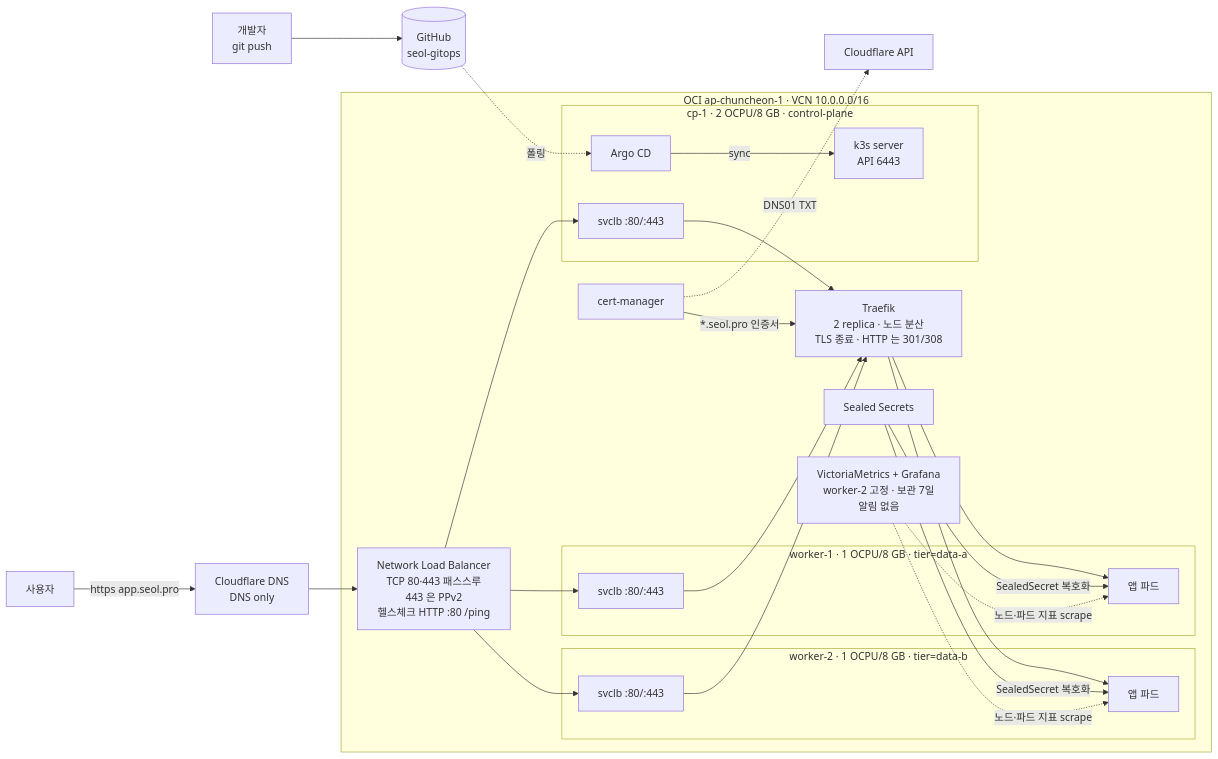
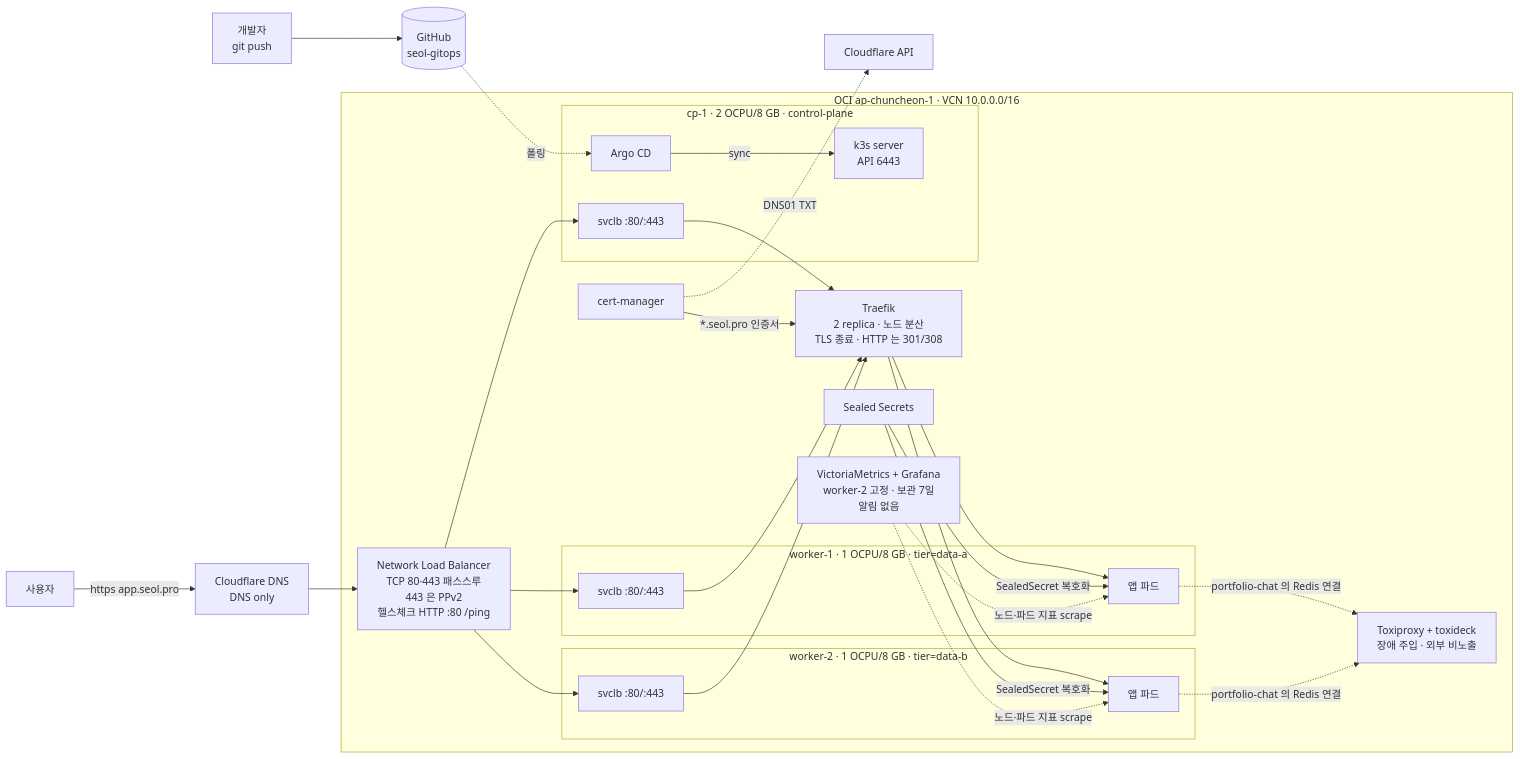
One commit to Seol-JY/seol-gitops changed the diagram in README.md. Above: the diagram before and after it, drawn with Mermaid. The commit also changed other lines of this file and 8 other files, not shown here.

Commit message:
feat(infra): 장애 주입용 Toxiproxy 와 toxideck UI 추가

````diff
--- a/README.md
+++ b/README.md
@@ -7,35 +7,37 @@
 ```mermaid
 flowchart LR
   dev[개발자<br/>git push] --> gh[(GitHub<br/>seol-gitops)]
   gh -.폴링.-> argocd
 
   subgraph oci[OCI ap-chuncheon-1 · VCN 10.0.0.0/16]
     nlb[Network Load Balancer<br/>TCP 80·443 패스스루<br/>443 은 PPv2<br/>헬스체크 HTTP :80 /ping]
     subgraph cp[cp-1 · 2 OCPU/8 GB · control-plane]
       api[k3s server<br/>API 6443]
       argocd[Argo CD]
       svclb1[svclb :80/:443]
     end
     subgraph w1[worker-1 · 1 OCPU/8 GB · tier=data-a]
       svclb2[svclb :80/:443]
       apps1[앱 파드]
     end
     subgraph w2[worker-2 · 1 OCPU/8 GB · tier=data-b]
       svclb3[svclb :80/:443]
       apps2[앱 파드]
     end
     traefik[Traefik<br/>2 replica · 노드 분산<br/>TLS 종료 · HTTP 는 301/308]
     cm[cert-manager]
     ss[Sealed Secrets]
     vm[VictoriaMetrics + Grafana<br/>worker-2 고정 · 보관 7일<br/>알림 없음]
+    tp[Toxiproxy + toxideck<br/>장애 주입 · 외부 비노출]
   end
 
   argocd -->|sync| api
   user[사용자] -->|https app.seol.pro| cf[Cloudflare DNS<br/>DNS only]
   cf --> nlb
   nlb --> svclb1 & svclb2 & svclb3 --> traefik --> apps1 & apps2
   cm -.DNS01 TXT.-> cfapi[Cloudflare API]
   cm -->|*.seol.pro 인증서| traefik
   ss -->|SealedSecret 복호화| apps1 & apps2
   vm -. 노드·파드 지표 scrape .-> apps1 & apps2
+  apps1 & apps2 -. portfolio-chat 의 Redis 연결 .-> tp
 ```
````
